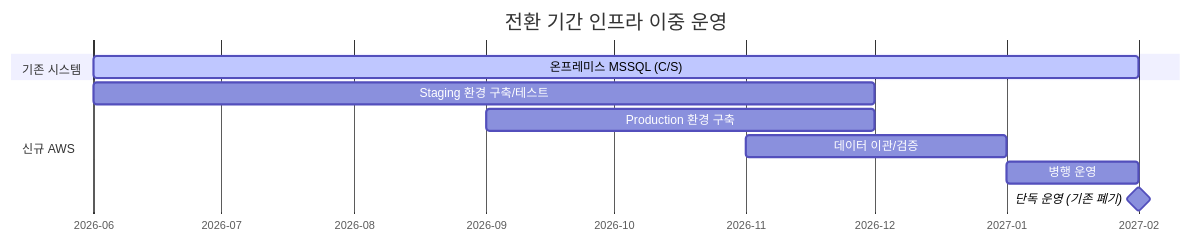
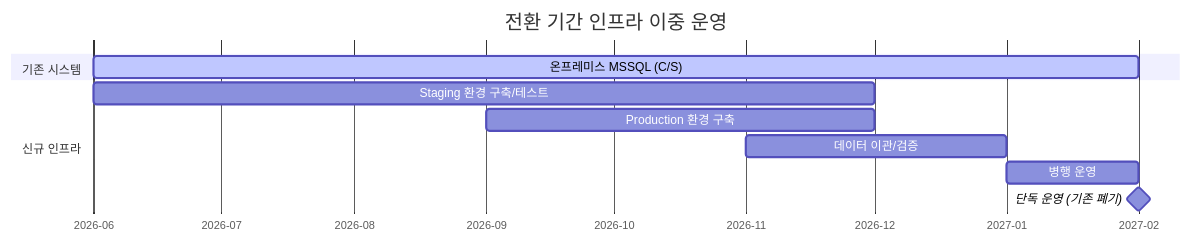
One commit to sknkwoxs/manual-book changed the sixth of 6 diagrams in src/content/docs/goodthinking-isp/04-design/web-architecture.md. Above: the diagram before and after it, drawn with Mermaid. The commit also changed other lines of this file and 6 other files, not shown here.

````diff
--- a/src/content/docs/goodthinking-isp/04-design/web-architecture.md
+++ b/src/content/docs/goodthinking-isp/04-design/web-architecture.md
@@ -359,16 +422,16 @@
 ```mermaid
 gantt
     title 전환 기간 인프라 이중 운영
     dateFormat YYYY-MM
     axisFormat %Y-%m
     
     section 기존 시스템
     온프레미스 MSSQL (C/S)    :active, legacy, 2026-06, 2027-02
     
-    section 신규 AWS
+    section 신규 인프라
     Staging 환경 구축/테스트     :staging, 2026-06, 2026-12
     Production 환경 구축         :prod, 2026-09, 2026-12
     데이터 이관/검증             :migration, 2026-11, 2027-01
     병행 운영                    :parallel, 2027-01, 2027-02
     단독 운영 (기존 폐기)        :milestone, 2027-02, 0d
 ```
````
